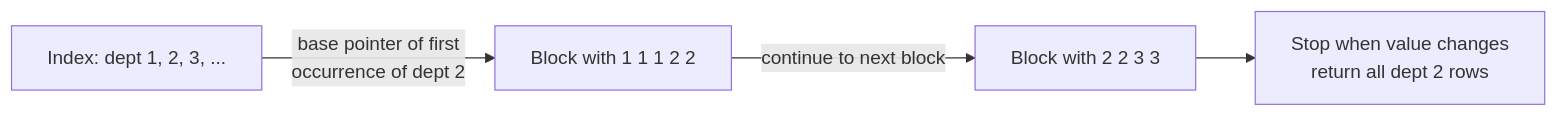
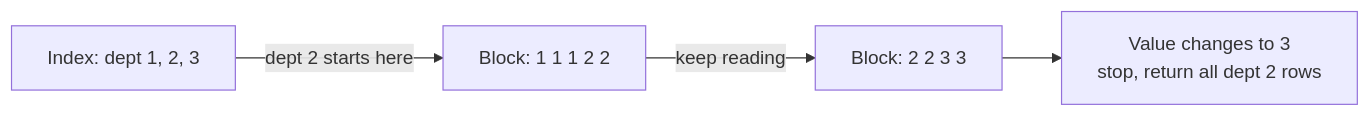
Before and after one commit to aaryan-pradhan/core-cs-fundamentals: the fifth of 7 diagrams in dbms/14-indexing.md, drawn with Mermaid. The commit also changed other lines of this file, not shown here.

````diff
--- a/dbms/14-indexing.md
+++ b/dbms/14-indexing.md
@@ -130,6 +86,6 @@
-  ```mermaid
-  flowchart LR
-    I["Index: dept 1, 2, 3, ..."] -- "base pointer of first<br/>occurrence of dept 2" --> B1["Block with 1 1 1 2 2"]
-    B1 -- "continue to next block" --> B2["Block with 2 2 3 3"]
-    B2 --> E["Stop when value changes<br/>return all dept 2 rows"]
-  ```
+```mermaid
+flowchart LR
+  I["Index: dept 1, 2, 3"] -- "dept 2 starts here" --> B1["Block: 1 1 1 2 2"]
+  B1 -- "keep reading" --> B2["Block: 2 2 3 3"]
+  B2 --> E["Value changes to 3<br/>stop, return all dept 2 rows"]
+```
````
